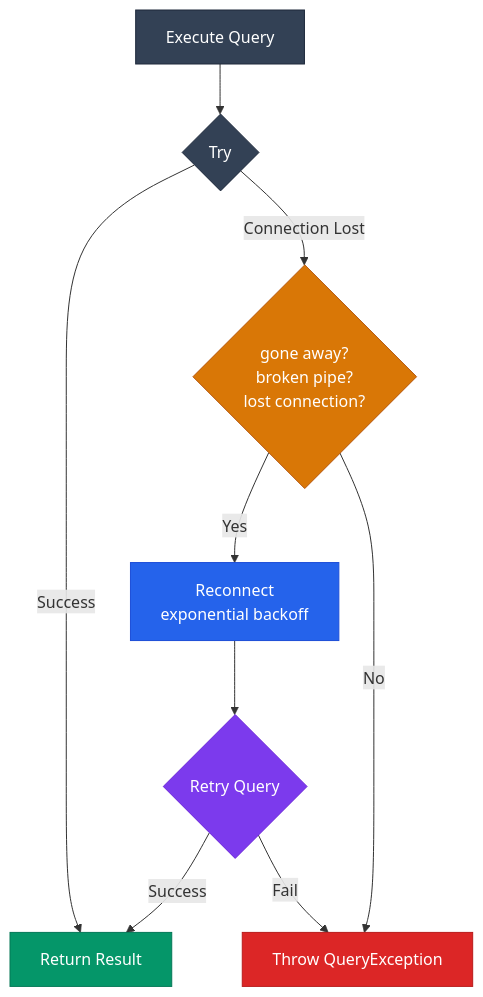
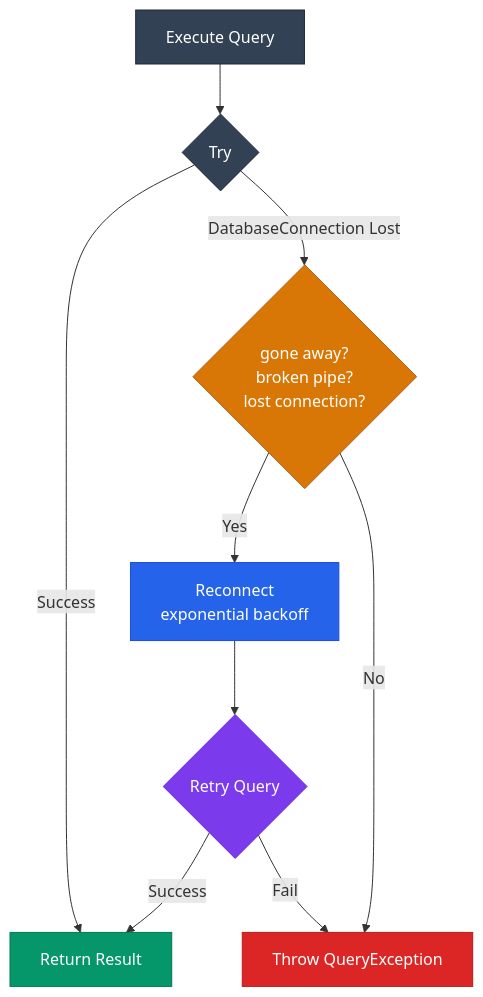
Before and after one commit to phpdot/database: the fourth of 4 diagrams in README.md, drawn with Mermaid. The commit also changed other lines of this file and 21 other files, not shown here.

First line of the commit message:
Rename Connection to DatabaseConnection, ConnectionConnector to DatabaseConnector

````diff
--- a/README.md
+++ b/README.md
@@ -137,19 +137,19 @@
 ```mermaid
 graph TD
     Q[Execute Query] --> TRY{Try}
     TRY -->|Success| RES[Return Result]
-    TRY -->|Connection Lost| DETECT{gone away?<br/>broken pipe?<br/>lost connection?}
+    TRY -->|DatabaseConnection Lost| DETECT{gone away?<br/>broken pipe?<br/>lost connection?}
     DETECT -->|Yes| RECONN[Reconnect<br/>exponential backoff]
     DETECT -->|No| THROW[Throw QueryException]
     RECONN --> RETRY{Retry Query}
     RETRY -->|Success| RES
     RETRY -->|Fail| THROW
 
     style Q fill:#334155,stroke:#1e293b,color:#fff
     style RES fill:#059669,stroke:#047857,color:#fff
     style THROW fill:#dc2626,stroke:#b91c1c,color:#fff
     style DETECT fill:#d97706,stroke:#b45309,color:#fff
     style RECONN fill:#2563eb,stroke:#1d4ed8,color:#fff
     style RETRY fill:#7c3aed,stroke:#6d28d9,color:#fff
     style TRY fill:#334155,stroke:#1e293b,color:#fff
 ```
````
